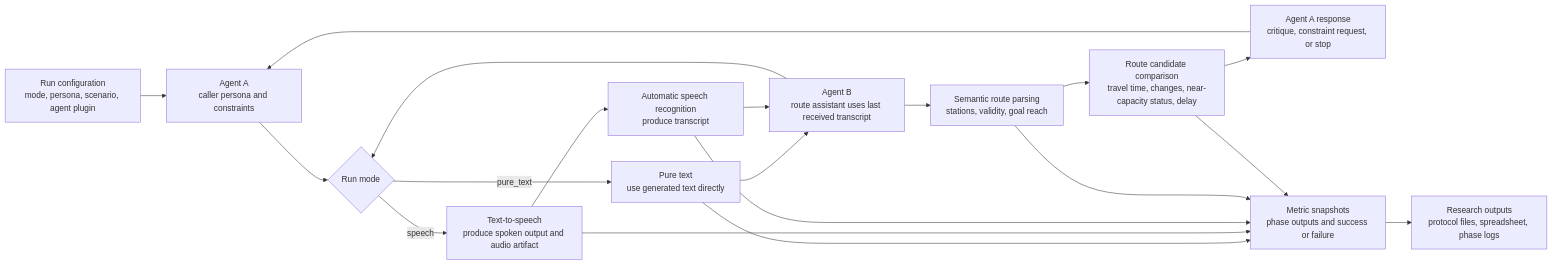
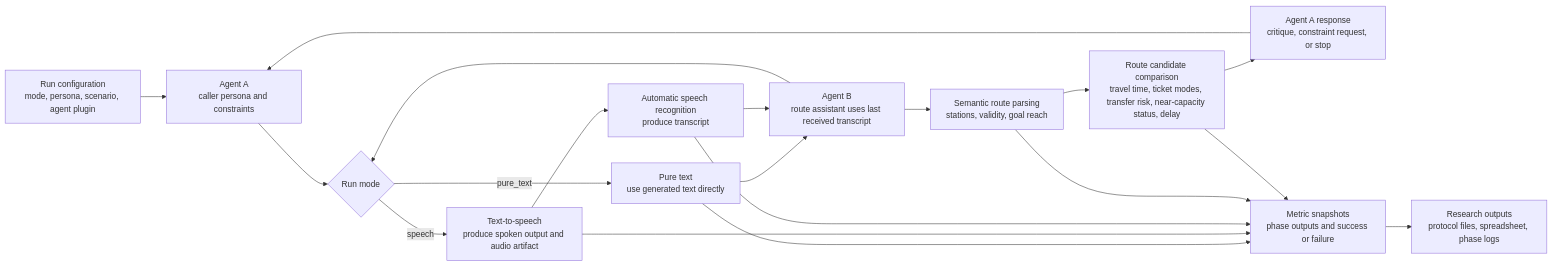
Before and after one commit to generalgroovy/CoopNavigationSDS: the diagram in README.md, drawn with Mermaid. The commit also changed other lines of this file and 17 other files, not shown here.

````diff
--- a/README.md
+++ b/README.md
@@ -99,34 +99,34 @@
 ```mermaid
 flowchart LR
     Configuration["Run configuration\nmode, persona, scenario, agent plugin"]
     AgentA["Agent A\ncaller persona and constraints"]
     TextMode{"Run mode"}
     DirectText["Pure text\nuse generated text directly"]
     TextToSpeech["Text-to-speech\nproduce spoken output and audio artifact"]
     SpeechRecognition["Automatic speech recognition\nproduce transcript"]
     AgentB["Agent B\nroute assistant uses last received transcript"]
     RouteParsing["Semantic route parsing\nstations, validity, goal reach"]
-    CandidateComparison["Route candidate comparison\ntravel time, changes, near-capacity status, delay"]
+    CandidateComparison["Route candidate comparison\ntravel time, ticket modes, transfer risk, near-capacity status, delay"]
     AgentAResponse["Agent A response\ncritique, constraint request, or stop"]
     Metrics["Metric snapshots\nphase outputs and success or failure"]
     ResearchOutputs["Research outputs\nprotocol files, spreadsheet, phase logs"]
 
     Configuration --> AgentA
     AgentA --> TextMode
     TextMode -->|pure_text| DirectText
     TextMode -->|speech| TextToSpeech
     TextToSpeech --> SpeechRecognition
     DirectText --> AgentB
     SpeechRecognition --> AgentB
     AgentB --> TextMode
     AgentB --> RouteParsing
     RouteParsing --> CandidateComparison
     CandidateComparison --> AgentAResponse
     AgentAResponse --> AgentA
     DirectText --> Metrics
     TextToSpeech --> Metrics
     SpeechRecognition --> Metrics
     RouteParsing --> Metrics
     CandidateComparison --> Metrics
     Metrics --> ResearchOutputs
 ```
````
